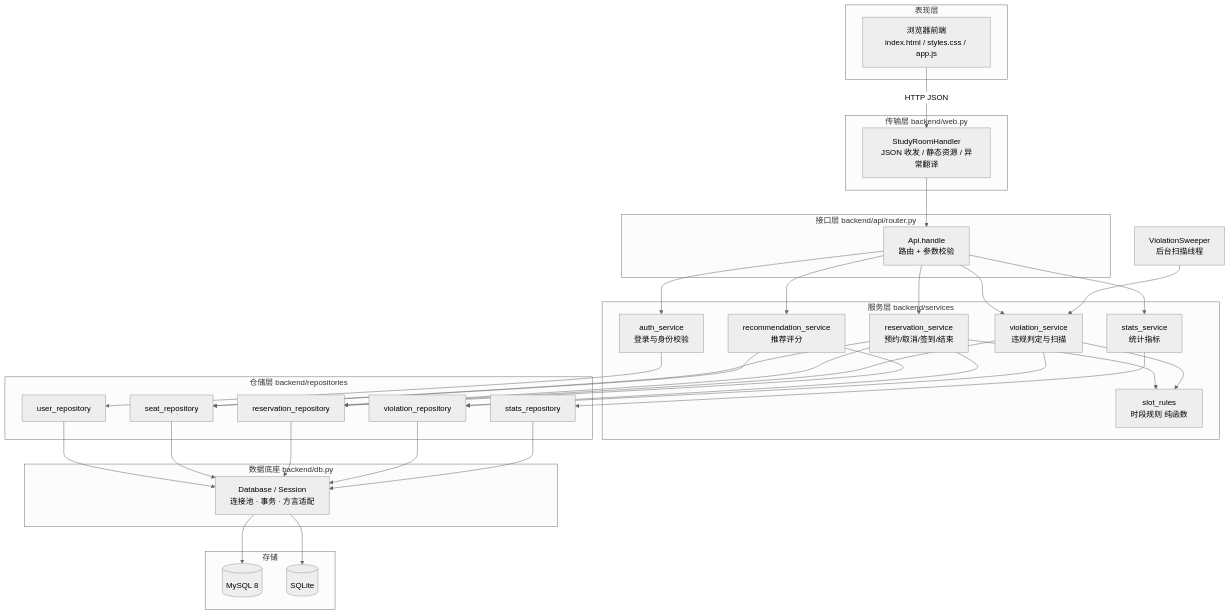
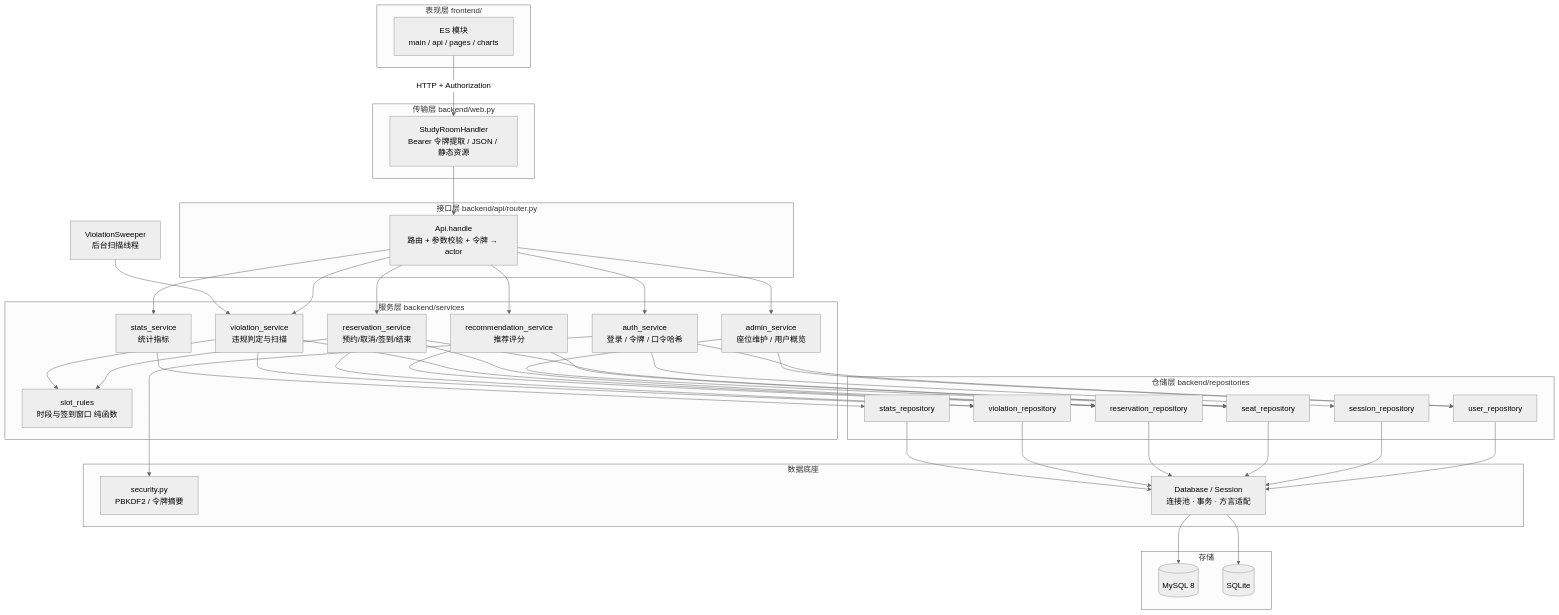
One commit to Type81-1/campus-ai-study-room changed the first of 9 diagrams in docs/系统设计/当前代码设计图稿.md. Above: the diagram before and after it, drawn with Mermaid (neutral theme). The commit also changed other lines of this file and 10 other files, not shown here.

````diff
--- a/docs/系统设计/当前代码设计图稿.md
+++ b/docs/系统设计/当前代码设计图稿.md
@@ -9,69 +9,78 @@
 ```mermaid
 flowchart TB
-    subgraph Client[表现层]
-        P[浏览器前端<br/>index.html / styles.css / app.js]
+    subgraph Client[表现层 frontend/]
+        P[ES 模块<br/>main / api / pages / charts]
     end
 
     subgraph Transport[传输层 backend/web.py]
-        H[StudyRoomHandler<br/>JSON 收发 / 静态资源 / 异常翻译]
+        H[StudyRoomHandler<br/>Bearer 令牌提取 / JSON / 静态资源]
     end
 
     subgraph API[接口层 backend/api/router.py]
-        R[Api.handle<br/>路由 + 参数校验]
+        R[Api.handle<br/>路由 + 参数校验 + 令牌 → actor]
     end
 
     subgraph Service[服务层 backend/services]
-        AU[auth_service<br/>登录与身份校验]
+        AU[auth_service<br/>登录 / 令牌 / 口令哈希]
         RS[reservation_service<br/>预约/取消/签到/结束]
         VC[violation_service<br/>违规判定与扫描]
         RC[recommendation_service<br/>推荐评分]
         ST[stats_service<br/>统计指标]
-        SR[slot_rules<br/>时段规则 纯函数]
+        AD[admin_service<br/>座位维护 / 用户概览]
+        SR[slot_rules<br/>时段与签到窗口 纯函数]
     end
 
     subgraph Repo[仓储层 backend/repositories]
         UR[user_repository]
+        SS[session_repository]
         SE[seat_repository]
         RR[reservation_repository]
         VR[violation_repository]
         TR[stats_repository]
     end
 
-    subgraph Infra[数据底座 backend/db.py]
+    subgraph Infra[数据底座]
+        SC[security.py<br/>PBKDF2 / 令牌摘要]
         DB[Database / Session<br/>连接池 · 事务 · 方言适配]
     end
 
     subgraph Store[存储]
         MY[(MySQL 8)]
         SQ[(SQLite)]
     end
 
     SW[ViolationSweeper<br/>后台扫描线程]
 
-    P -->|HTTP JSON| H
+    P -->|HTTP + Authorization| H
     H --> R
     R --> AU
     R --> RS
     R --> VC
     R --> RC
     R --> ST
+    R --> AD
     RS --> SR
     VC --> SR
+    AU --> SC
+    AU --> UR
+    AU --> SS
     RS --> SE
     RS --> RR
     RS --> VR
-    AU --> UR
     VC --> RR
     VC --> VR
     RC --> SE
     RC --> RR
+    AD --> SE
+    AD --> UR
     ST --> TR
     UR --> DB
+    SS --> DB
     SE --> DB
     RR --> DB
     VR --> DB
     TR --> DB
     DB --> MY
     DB --> SQ
     SW --> VC
 ```
````
